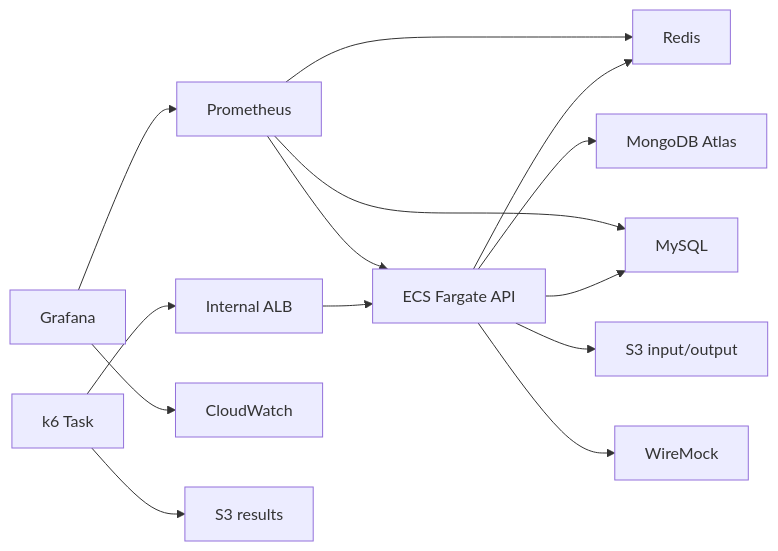
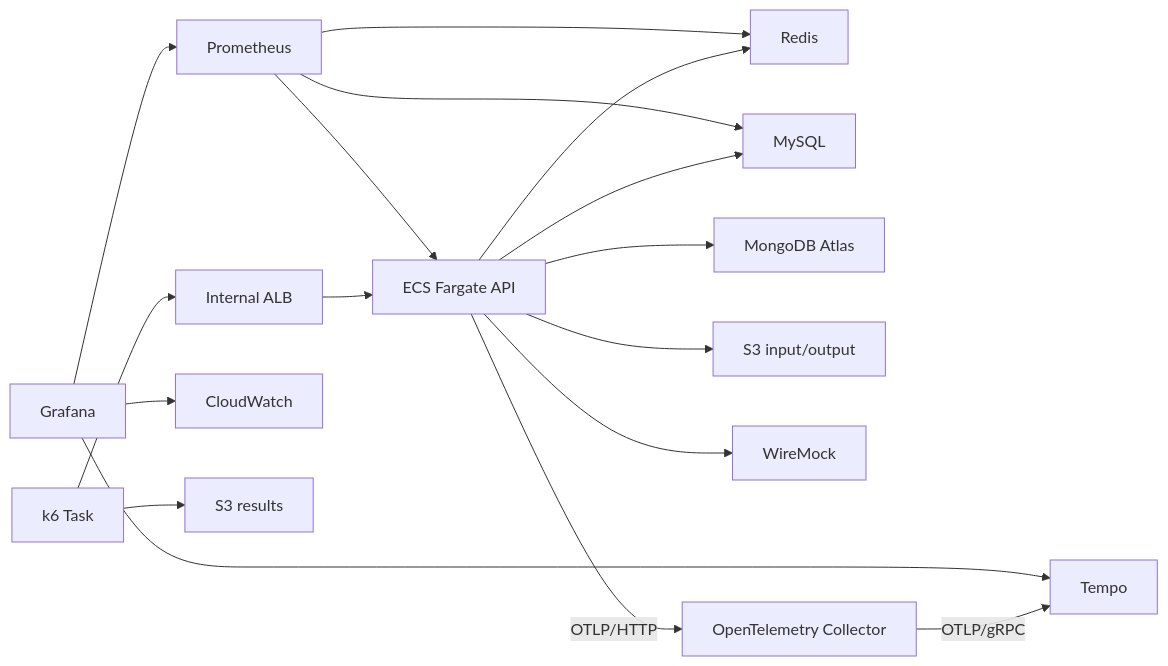
Before and after one commit to SWM16-ASAP/back-server: the diagram in docs/architecture/performance-test-infrastructure.md, drawn with Mermaid. The commit also changed other lines of this file and 16 other files, not shown here.

````diff
--- a/docs/architecture/performance-test-infrastructure.md
+++ b/docs/architecture/performance-test-infrastructure.md
@@ -9,17 +9,20 @@
 ```mermaid
 flowchart LR
     K6["k6 Task"] --> ALB["Internal ALB"]
     ALB --> APP["ECS Fargate API"]
     APP --> REDIS["Redis"]
     APP --> MYSQL["MySQL"]
     APP --> ATLAS["MongoDB Atlas"]
     APP --> S3AI["S3 input/output"]
     APP --> MOCK["WireMock"]
 
     PROM["Prometheus"] --> APP
     PROM --> REDIS
     PROM --> MYSQL
     GRAFANA["Grafana"] --> PROM
     GRAFANA --> CLOUDWATCH["CloudWatch"]
+    APP -->|"OTLP/HTTP"| COLLECTOR["OpenTelemetry Collector"]
+    COLLECTOR -->|"OTLP/gRPC"| TEMPO["Tempo"]
+    GRAFANA --> TEMPO
     K6 --> RESULTS["S3 results"]
 ```
````
